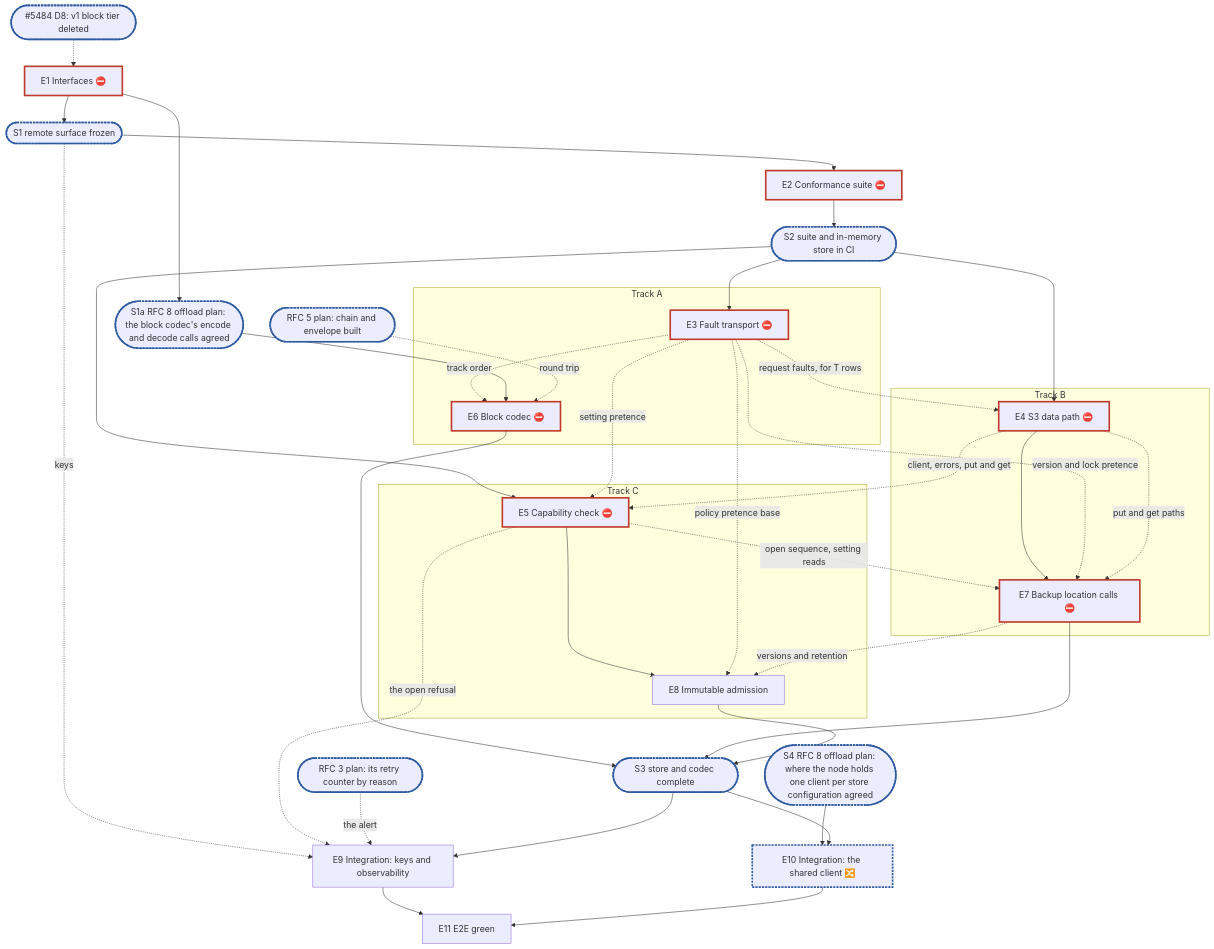
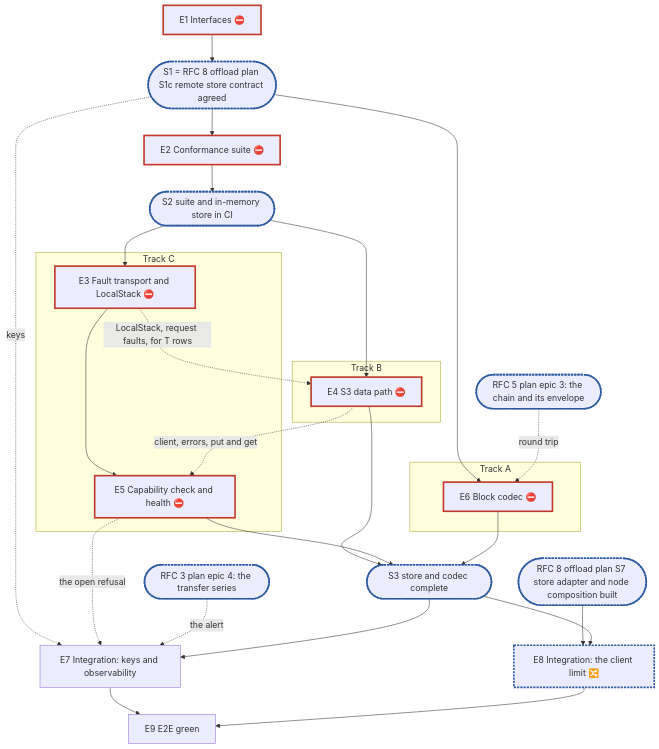
The diagram in .planning/rfc-4-remote-tier-plan.md (cubbit/dittofs), drawn with Mermaid before and after one commit. The commit also changed other lines of this file and 1 other file, not shown here.

Commit message:
docs(planning): apply the offload contract to the RFC 4 plan; RFC 4 defers calls with no caller

````diff
--- a/.planning/rfc-4-remote-tier-plan.md
+++ b/.planning/rfc-4-remote-tier-plan.md
@@ -308,37 +313,29 @@
 ```mermaid
 flowchart TD
-  D8(["#5484 D8: v1 block tier deleted"]):::sync -.-> E1
-  E1["E1 Interfaces ⛔"]:::blocker --> S1(["S1 remote surface frozen"]):::sync
-  E1 --> S1a(["S1a RFC 8 offload plan: the block codec's encode and decode calls agreed"]):::sync
+  E1["E1 Interfaces ⛔"]:::blocker --> S1(["S1 = RFC 8 offload plan S1c remote store contract agreed"]):::sync
   S1 --> E2["E2 Conformance suite ⛔"]:::blocker --> S2(["S2 suite and in-memory store in CI"]):::sync
   subgraph A["Track A"]
-    E3["E3 Fault transport ⛔"]:::blocker -. "track order" .-> E6["E6 Block codec ⛔"]:::blocker
+    E6["E6 Block codec ⛔"]:::blocker
   end
   subgraph B["Track B"]
-    E4["E4 S3 data path ⛔"]:::blocker --> E7["E7 Backup location calls ⛔"]:::blocker
+    E4["E4 S3 data path ⛔"]:::blocker
   end
   subgraph C["Track C"]
-    E5["E5 Capability check ⛔"]:::blocker --> E8["E8 Immutable admission"]
+    E3["E3 Fault transport and LocalStack ⛔"]:::blocker --> E5["E5 Capability check and health ⛔"]:::blocker
   end
-  S2 --> E3 & E4 & E5
-  S1a --> E6
-  R5(["RFC 5 plan: chain and envelope built"]):::sync -. "round trip" .-> E6
-  E3 -. "request faults, for T rows" .-> E4
-  E3 -. "setting pretence" .-> E5
-  E3 -. "version and lock pretence" .-> E7
-  E3 -. "policy pretence base" .-> E8
+  S2 --> E3 & E4
+  S1 --> E6
+  R5(["RFC 5 plan epic 3: the chain and its envelope"]):::sync -. "round trip" .-> E6
+  E3 -. "LocalStack, request faults, for T rows" .-> E4
   E4 -. "client, errors, put and get" .-> E5
-  E4 -. "put and get paths" .-> E7
-  E5 -. "open sequence, setting reads" .-> E7
-  E7 -. "versions and retention" .-> E8
-  S1 -. "keys" .-> E9["E9 Integration: keys and observability"]
-  E5 -. "the open refusal" .-> E9
-  R3(["RFC 3 plan: its retry counter by reason"]):::sync -. "the alert" .-> E9
-  E6 & E7 & E8 --> S3(["S3 store and codec complete"]):::sync
-  S3 --> E9
-  S4(["S4 RFC 8 offload plan: where the node holds one client per store configuration agreed"]):::sync --> E10["E10 Integration: the shared client 🔀"]:::sync
-  S3 --> E10
-  E9 & E10 --> E11["E11 E2E green"]
+  S1 -. "keys" .-> E7["E7 Integration: keys and observability"]
+  E5 -. "the open refusal" .-> E7
+  R3(["RFC 3 plan epic 4: the transfer series"]):::sync -. "the alert" .-> E7
+  E4 & E5 & E6 --> S3(["S3 store and codec complete"]):::sync
+  S3 --> E7
+  S7(["RFC 8 offload plan S7 store adapter and node composition built"]):::sync --> E8["E8 Integration: the client limit 🔀"]:::sync
+  S3 --> E8
+  E7 & E8 --> E9["E9 E2E green"]
   classDef blocker stroke:#c0392b,stroke-width:3px
   classDef sync stroke:#2c5aa0,stroke-width:3px,stroke-dasharray:4 2
 ```
````
